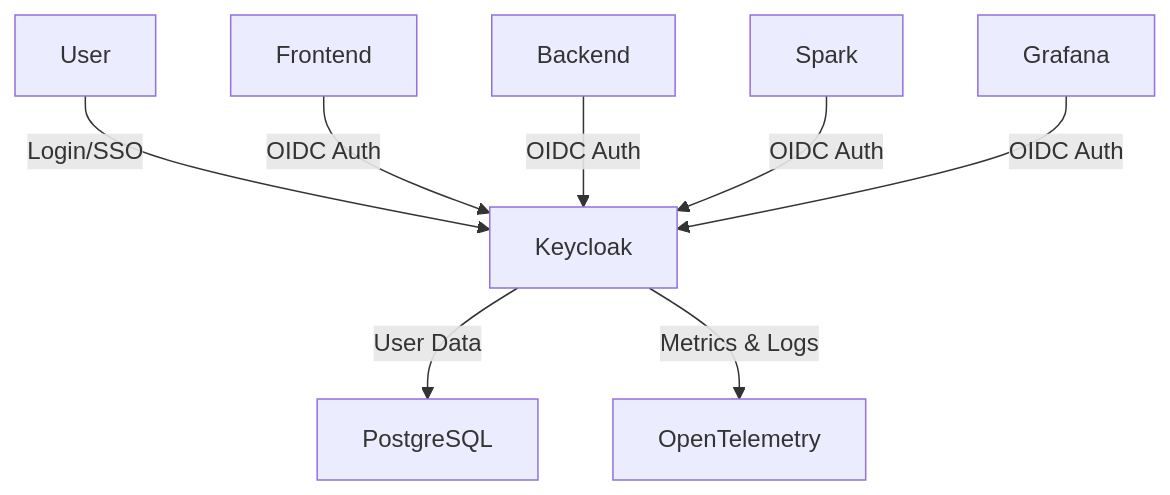
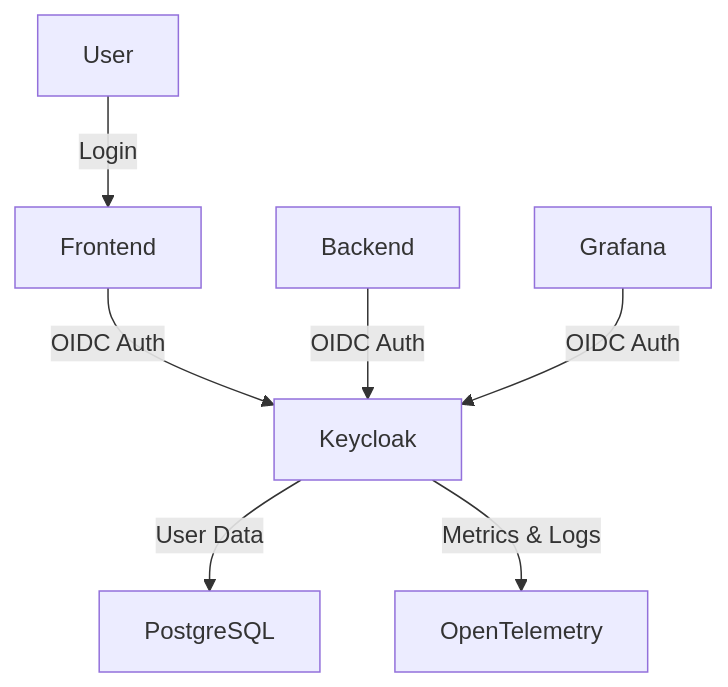
One commit to danialmd81/Code-Star-Project changed the third of 9 diagrams in diagram/services-diageam.md. Above: the diagram before and after it, drawn with Mermaid. The commit also changed 2 other files, not shown here.

Commit message:
Refactor Keycloak documentation for clarity and update service diagrams to reflect authentication flow changes

````diff
--- a/diagram/services-diageam.md
+++ b/diagram/services-diageam.md
@@ -46,10 +46,10 @@
 ```mermaid
 graph TD
-  User -->|Login/SSO| Keycloak[Keycloak]
+  User -->|Login| Frontend[Frontend]
   Frontend -->|OIDC Auth| Keycloak
   Backend -->|OIDC Auth| Keycloak
-  Spark -->|OIDC Auth| Keycloak
+  
   Grafana -->|OIDC Auth| Keycloak
   Keycloak -->|User Data| PostgreSQL
   Keycloak -->|Metrics & Logs| OpenTelemetry
 ```
````
